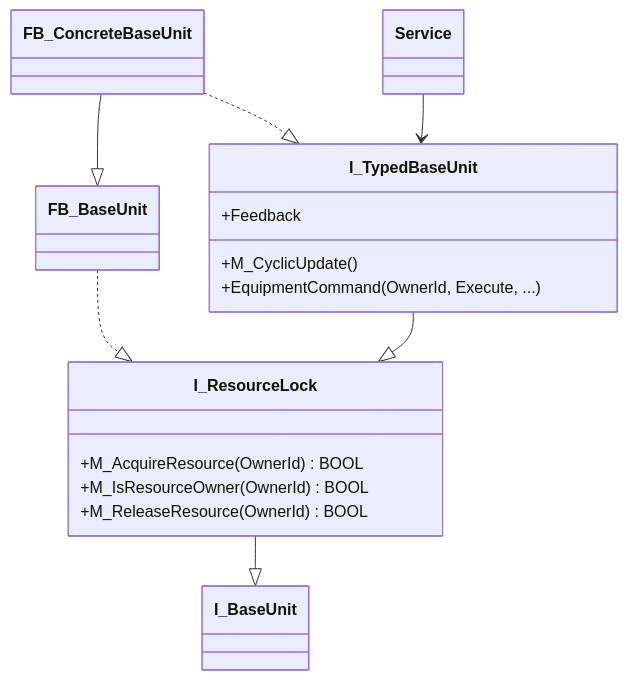
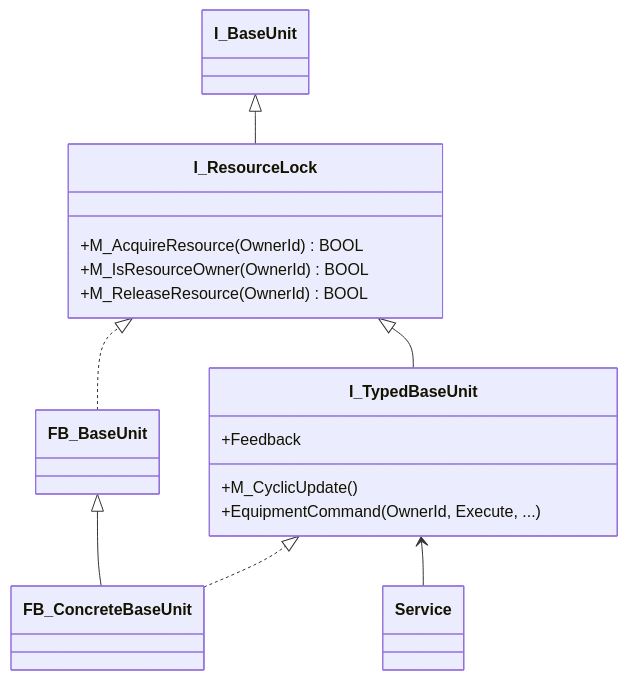
Before and after one commit to henry6107/semi_robust_solution_framework_demo: the ninth of 14 diagrams in robust_solution_simple_module/Spec/Robust_Solution_Function_Object_Development_Spec.md, drawn with Mermaid. The commit also changed other lines of this file and 3 other files, not shown here.

````diff
--- a/robust_solution_simple_module/Spec/Robust_Solution_Function_Object_Development_Spec.md
+++ b/robust_solution_simple_module/Spec/Robust_Solution_Function_Object_Development_Spec.md
@@ -1282,24 +1281,25 @@
 ```mermaid
 classDiagram
+    direction BT
     class I_BaseUnit
     class I_ResourceLock {
         +M_AcquireResource(OwnerId) BOOL
         +M_IsResourceOwner(OwnerId) BOOL
         +M_ReleaseResource(OwnerId) BOOL
     }
     class I_TypedBaseUnit {
         +M_CyclicUpdate()
         +EquipmentCommand(OwnerId, Execute, ...)
         +Feedback
     }
     class FB_BaseUnit
     class FB_ConcreteBaseUnit
     class Service
 
     I_ResourceLock --|> I_BaseUnit
     I_TypedBaseUnit --|> I_ResourceLock
     FB_BaseUnit ..|> I_ResourceLock
     FB_ConcreteBaseUnit --|> FB_BaseUnit
     FB_ConcreteBaseUnit ..|> I_TypedBaseUnit
     Service --> I_TypedBaseUnit
 ```
````
